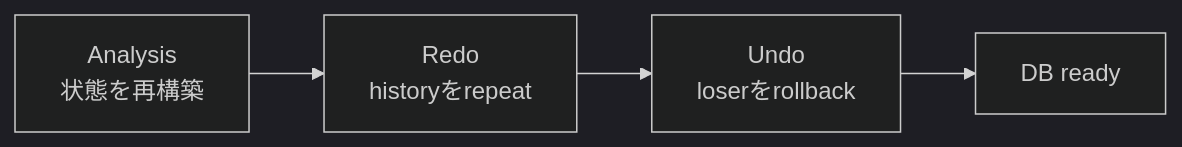
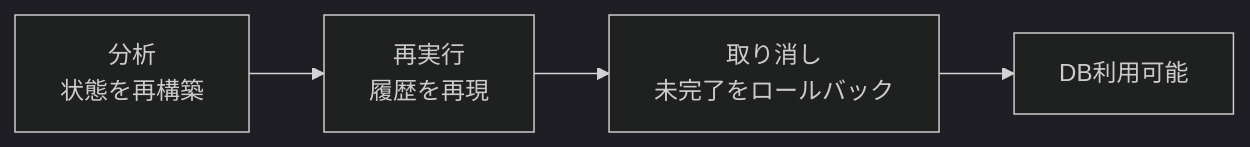
The fifth of 6 diagrams in src/content/docs/04-transactions/12-wal-recovery.md (hirunebot/database-systems-book), drawn with Mermaid (dark theme) before and after one commit. The commit also changed other lines of this file and 42 other files, not shown here.

````diff
--- a/src/content/docs/04-transactions/12-wal-recovery.md
+++ b/src/content/docs/04-transactions/12-wal-recovery.md
@@ -243,6 +243,6 @@
 ```mermaid
 flowchart LR
-    Analysis["Analysis<br/>状態を再構築"] --> Redo["Redo<br/>historyをrepeat"]
-    Redo --> Undo["Undo<br/>loserをrollback"]
-    Undo --> Ready["DB ready"]
+    Analysis["分析<br/>状態を再構築"] --> Redo["再実行<br/>履歴を再現"]
+    Redo --> Undo["取り消し<br/>未完了をロールバック"]
+    Undo --> Ready["DB利用可能"]
 ```
````
